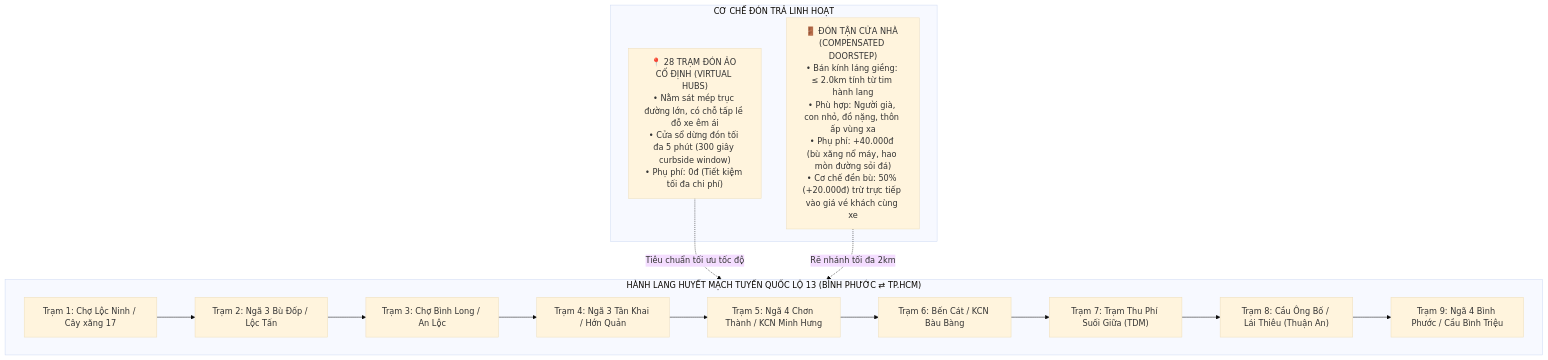
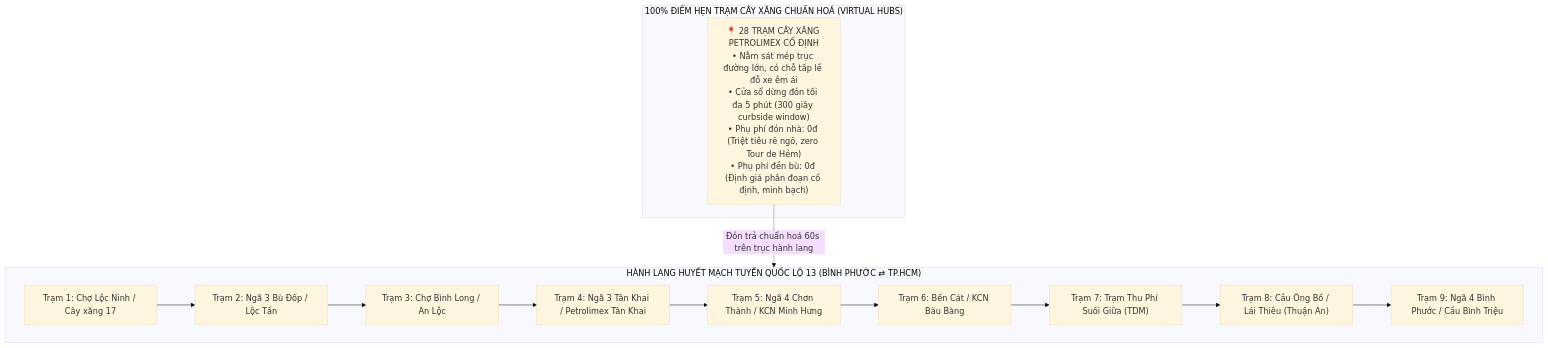
One commit to brianhuynh2021/carmate changed the third of 6 diagrams in ARCHITECTURE.md. Above: the diagram before and after it, drawn with Mermaid (base theme). The commit also changed other lines of this file and 5 other files, not shown here.

Commit message:
refactor: eliminate doorstep pickup and compensation split in favor of pure 100% virtual hub corridor

````diff
--- a/ARCHITECTURE.md
+++ b/ARCHITECTURE.md
@@ -130,23 +134,20 @@
 ```mermaid
 flowchart TD
     subgraph CORRIDOR_QL13 ["HÀNH LANG HUYẾT MẠCH TUYẾN QUỐC LỘ 13 (BÌNH PHƯỚC ⇄ TP.HCM)"]
         direction LR
         Hub1["Trạm 1: Chợ Lộc Ninh / Cây xăng 17"] --> Hub2["Trạm 2: Ngã 3 Bù Đốp / Lộc Tấn"]
         Hub2 --> Hub3["Trạm 3: Chợ Bình Long / An Lộc"]
-        Hub3 --> Hub4["Trạm 4: Ngã 3 Tân Khai / Hớn Quản"]
+        Hub3 --> Hub4["Trạm 4: Ngã 3 Tân Khai / Petrolimex Tân Khai"]
         Hub4 --> Hub5["Trạm 5: Ngã 4 Chơn Thành / KCN Minh Hưng"]
         Hub5 --> Hub6["Trạm 6: Bến Cát / KCN Bàu Bàng"]
         Hub6 --> Hub7["Trạm 7: Trạm Thu Phí Suối Giữa (TDM)"]
         Hub7 --> Hub8["Trạm 8: Cầu Ông Bố / Lái Thiêu (Thuận An)"]
         Hub8 --> Hub9["Trạm 9: Ngã 4 Bình Phước / Cầu Bình Triệu"]
     end
 
-    subgraph PICKUP_LAYER ["CƠ CHẾ ĐÓN TRẢ LINH HOẠT"]
-        VHub["📍 28 TRẠM ĐÓN ẢO CỐ ĐỊNH (VIRTUAL HUBS)<br>• Nằm sát mép trục đường lớn, có chỗ tấp lề đỗ xe êm ái<br>• Cửa sổ dừng đón tối đa 5 phút (300 giây curbside window)<br>• Phụ phí: 0đ (Tiết kiệm tối đa chi phí)"]
-        
-        Doorstep["🚪 ĐÓN TẬN CỬA NHÀ (COMPENSATED DOORSTEP)<br>• Bán kính láng giềng: ≤ 2.0km tính từ tim hành lang<br>• Phù hợp: Người già, con nhỏ, đồ nặng, thôn ấp vùng xa<br>• Phụ phí: +40.000đ (bù xăng nổ máy, hao mòn đường sỏi đá)<br>• Cơ chế đền bù: 50% (+20.000đ) trừ trực tiếp vào giá vé khách cùng xe"]
+    subgraph PICKUP_LAYER ["100% ĐIỂM HẸN TRẠM CÂY XĂNG CHUẨN HOÁ (VIRTUAL HUBS)"]
+        VHub["📍 28 TRẠM CÂY XĂNG PETROLIMEX CỐ ĐỊNH<br>• Nằm sát mép trục đường lớn, có chỗ tấp lề đỗ xe êm ái<br>• Cửa sổ dừng đón tối đa 5 phút (300 giây curbside window)<br>• Phụ phí đón nhà: 0đ (Triệt tiêu rẽ ngõ, zero Tour de Hẻm)<br>• Phụ phí đền bù: 0đ (Định giá phân đoạn cố định, minh bạch)"]
     end
 
-    VHub -.->|"Tiêu chuẩn tối ưu tốc độ"| CORRIDOR_QL13
-    Doorstep -.->|"Rẽ nhánh tối đa 2km"| CORRIDOR_QL13
+    VHub -.->|"Đón trả chuẩn hoá 60s trên trục hành lang"| CORRIDOR_QL13
 ```
````
